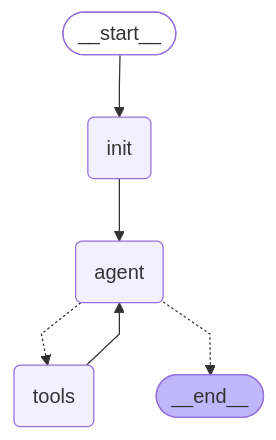
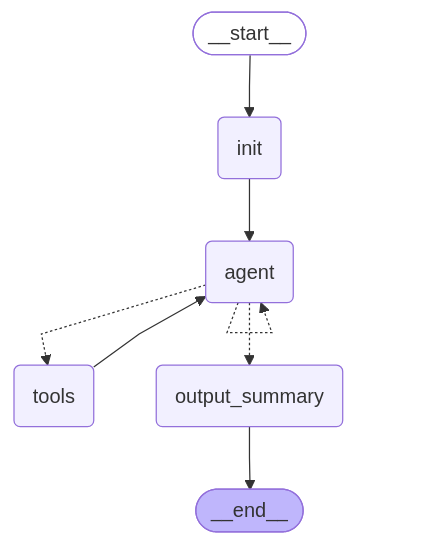
The diagram in samples/travel-planner-local-mcp/agent.mermaid (UiPath/uipath-python), drawn with Mermaid before and after one commit. The commit also changed 4 other files, not shown here.

```diff
--- a/samples/travel-planner-local-mcp/agent.mermaid
+++ b/samples/travel-planner-local-mcp/agent.mermaid
@@ -1,19 +1,22 @@
 ---
 config:
   flowchart:
     curve: linear
 ---
 graph TD;
 	__start__([<p>__start__</p>]):::first
 	init(init)
 	agent(agent)
 	tools(tools)
+	output_summary(output_summary)
 	__end__([<p>__end__</p>]):::last
 	__start__ --> init;
 	init --> agent;
+	output_summary --> __end__;
 	tools --> agent;
 	agent -.-> tools;
-	agent -.-> __end__;
+	agent -.-> output_summary;
+	agent -.-> agent;
 	classDef default fill:#f2f0ff,line-height:1.2
 	classDef first fill-opacity:0
 	classDef last fill:#bfb6fc
```
